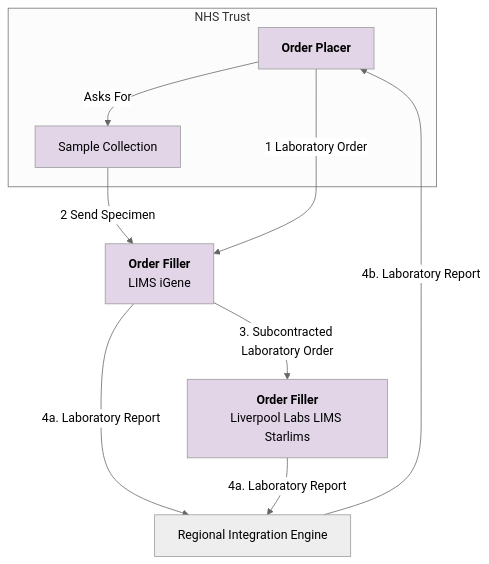
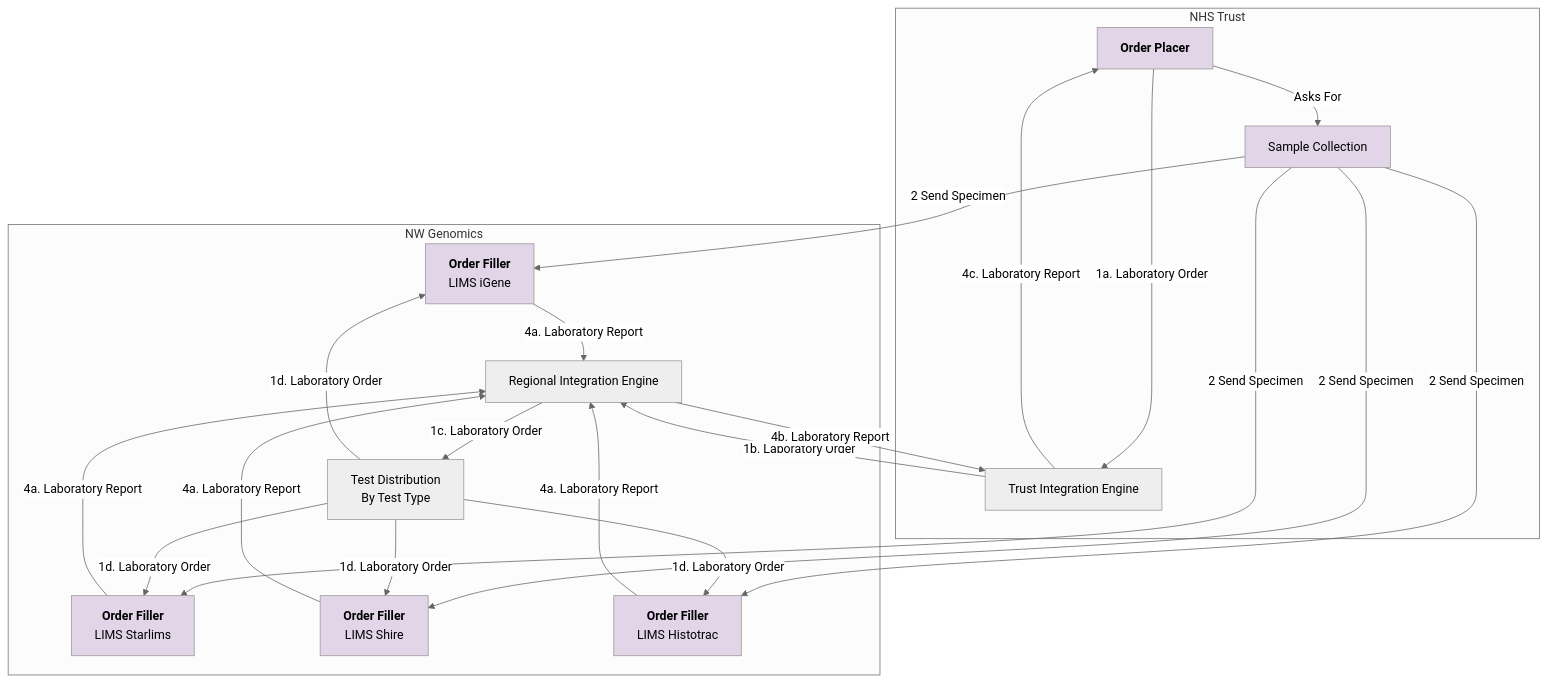
The sixth of 9 diagrams in input/pagecontent/introduction.md (uk-gov-mirror/nw-gmsa.nw-gmsa.github.com), drawn with Mermaid (neutral theme) before and after one commit. The commit also changed other lines of this file, not shown here.

````diff
--- a/input/pagecontent/introduction.md
+++ b/input/pagecontent/introduction.md
@@ -206,18 +237,32 @@
 ```mermaid
 graph TD;
     subgraph NHSTrustA[NHS Trust]
         EPRA[<b>Order Placer</b>] --> |Asks For| SpecimenA[Sample Collection]
+        EPRA --> |1a. Laboratory Order| TIE[Trust Integration Engine]
     end
  
     SpecimenA --> |2 Send Specimen| LIMSA
-    EPRA --> |1 Laboratory Order| LIMSA[<b>Order Filler</b><br/>LIMS iGene]
-    
-    LIMSA --> |3. Subcontracted Laboratory Order| LIMSB[<b>Order Filler</b><br/>Liverpool Labs LIMS Starlims]
-    
-    LIMSA --> |4a. Laboratory Report| RIE[Regional Integration Engine]
-    LIMSB --> |4a. Laboratory Report| RIE
-    RIE --> |4b. Laboratory Report| EPRA
+    SpecimenA --> |2 Send Specimen| LIMSB
+    SpecimenA --> |2 Send Specimen| LIMSC
+    SpecimenA --> |2 Send Specimen| LIMSD
+
+    TIE --> |1b. Laboratory Order| RIE 
+    subgraph NWGenomics[NW Genomics]
+        RIE --> |1c. Laboratory Order| TD[Test Distribution<br/>By Test Type]
+        
+        TD --> |1d. Laboratory Order| LIMSA[<b>Order Filler</b><br/>LIMS iGene] 
+        TD --> |1d. Laboratory Order| LIMSB[<b>Order Filler</b><br/>LIMS Starlims]
+        TD --> |1d. Laboratory Order| LIMSC[<b>Order Filler</b><br/>LIMS Shire]
+        TD --> |1d. Laboratory Order| LIMSD[<b>Order Filler</b><br/>LIMS Histotrac]
+        
+        LIMSA --> |4a. Laboratory Report| RIE[Regional Integration Engine]
+        LIMSB --> |4a. Laboratory Report| RIE
+        LIMSC --> |4a. Laboratory Report| RIE
+        LIMSD --> |4a. Laboratory Report| RIE
+    end
+    RIE --> |4b. Laboratory Report| TIE
+    TIE --> |4c. Laboratory Report| EPRA
     
     classDef purple fill:#E1D5E7;
-    class EPRA,SpecimenA,LIMSA,LIMSB purple;
+    class EPRA,SpecimenA,LIMSA,LIMSB,LIMSC,LIMSD purple;
 ```
````
